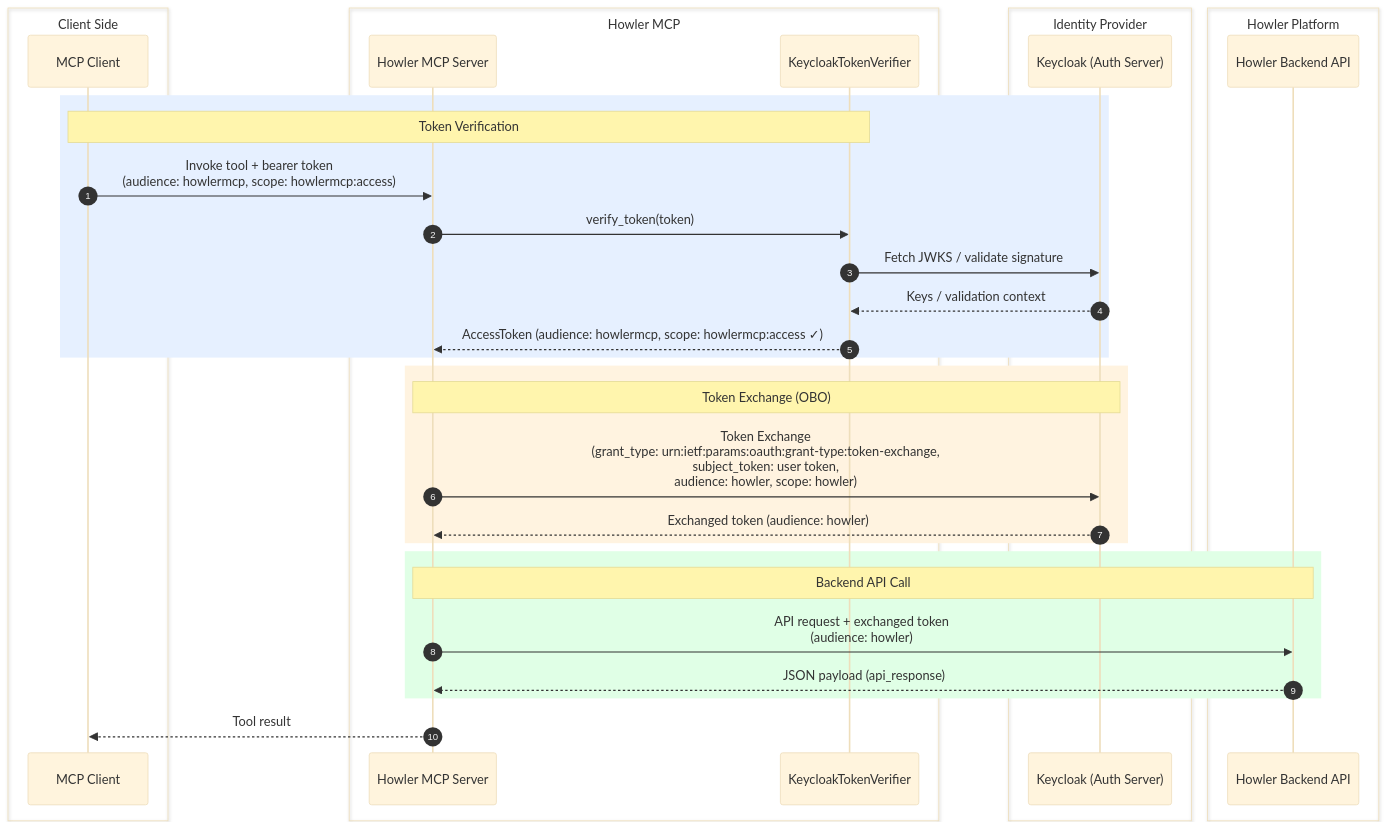
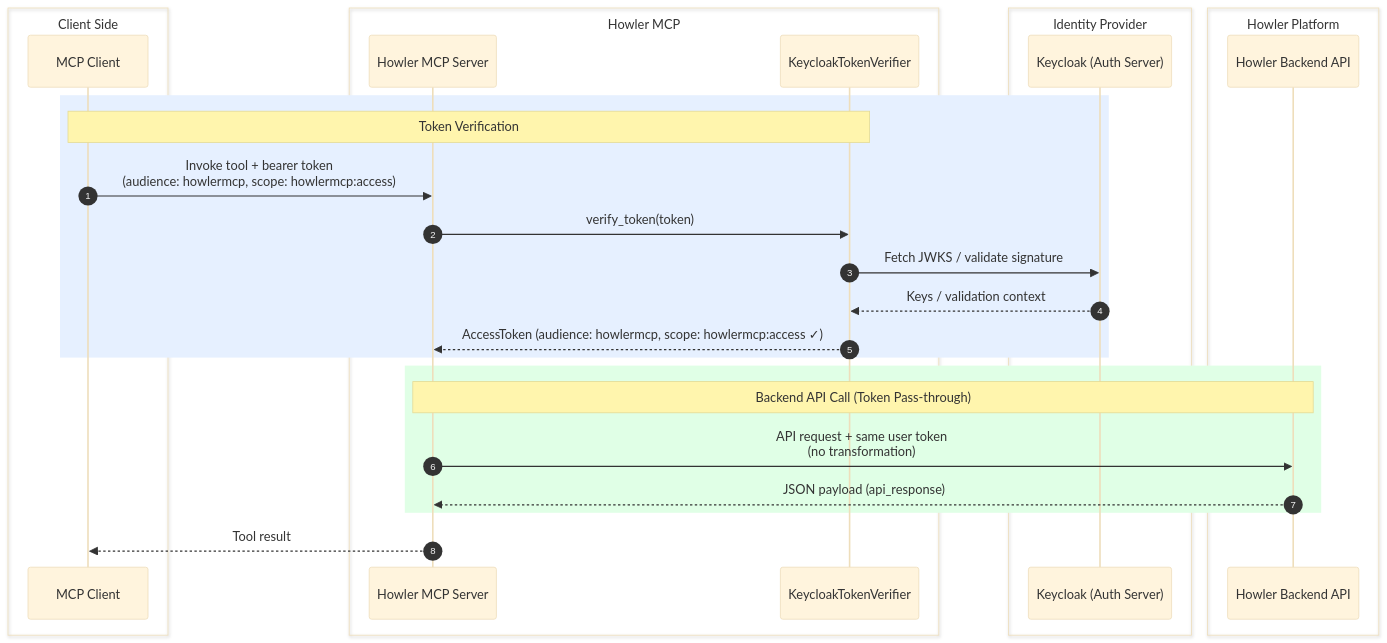
Before and after one commit to CybercentreCanada/howler: the second of 2 diagrams in mcp/howler_mcp/README.md, drawn with Mermaid (base theme). The commit also changed other lines of this file and 10 other files, not shown here.

````diff
--- a/mcp/howler_mcp/README.md
+++ b/mcp/howler_mcp/README.md
@@ -155,44 +154,38 @@
 ```mermaid
 sequenceDiagram
     autonumber
 
     box Client Side
     participant Client as MCP Client
     end
 
     box Howler MCP
     participant MCP as Howler MCP Server
     participant Verifier as KeycloakTokenVerifier
     end
 
     box Identity Provider
     participant KC as Keycloak (Auth Server)
     end
 
     box Howler Platform
     participant Backend as Howler Backend API
     end
 
     rect rgb(230, 240, 255)
     Note over Client,Verifier: Token Verification
     Client->>MCP: Invoke tool + bearer token<br/>(audience: howlermcp, scope: howlermcp:access)
     MCP->>Verifier: verify_token(token)
     Verifier->>KC: Fetch JWKS / validate signature
     KC-->>Verifier: Keys / validation context
     Verifier-->>MCP: AccessToken (audience: howlermcp, scope: howlermcp:access ✓)
     end
 
-    rect rgb(255, 243, 224)
-    Note over MCP,KC: Token Exchange (OBO)
-    MCP->>KC: Token Exchange<br/>(grant_type: urn:ietf:params:oauth:grant-type:token-exchange,<br/>subject_token: user token,<br/>audience: howler, scope: howler)
-    KC-->>MCP: Exchanged token (audience: howler)
-    end
-
     rect rgb(224, 255, 230)
-    Note over MCP,Backend: Backend API Call
-    MCP->>Backend: API request + exchanged token<br/>(audience: howler)
+    Note over MCP,Backend: Backend API Call (Token Pass-through)
+    MCP->>Backend: API request + same user token<br/>(no transformation)
     Backend-->>MCP: JSON payload (api_response)
     end
 
     MCP-->>Client: Tool result
 ```
````
